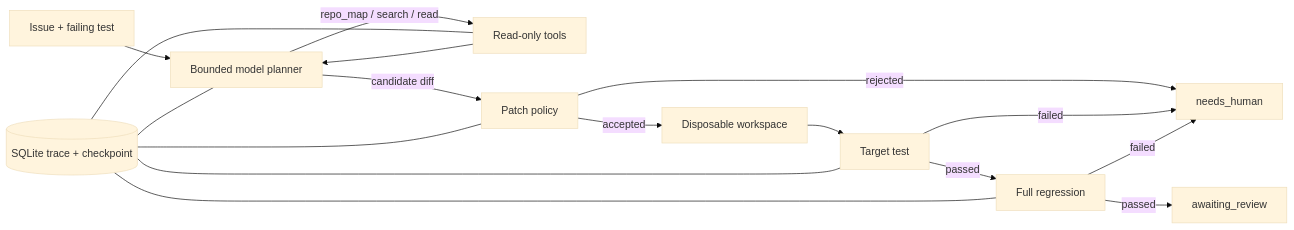
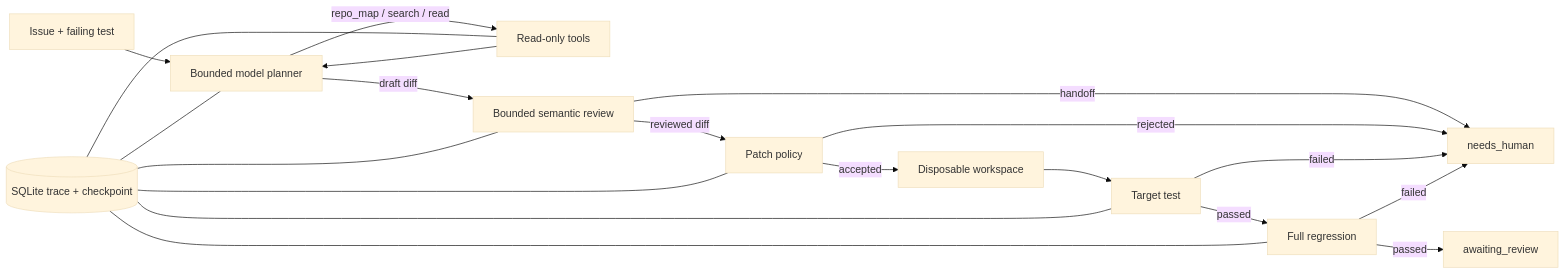
One commit to zhangbeimiao/TraceRepair changed the diagram in README.md. Above: the diagram before and after it, drawn with Mermaid (base theme). The commit also changed other lines of this file and 9 other files, not shown here.

Commit message:
feat: add bounded semantic patch review

````diff
--- a/README.md
+++ b/README.md
@@ -95,19 +96,22 @@
 ```mermaid
 flowchart LR
     A[Issue + failing test] --> B[Bounded model planner]
     B -->|repo_map / search / read| C[Read-only tools]
     C --> B
-    B -->|candidate diff| D[Patch policy]
+    B -->|draft diff| R[Bounded semantic review]
+    R -->|handoff| H
+    R -->|reviewed diff| D[Patch policy]
     D -->|rejected| H[needs_human]
     D -->|accepted| E[Disposable workspace]
     E --> F[Target test]
     F -->|failed| H
     F -->|passed| G[Full regression]
     G -->|failed| H
     G -->|passed| I[awaiting_review]
     J[(SQLite trace + checkpoint)] --- B
+    J --- R
     J --- C
     J --- D
     J --- F
     J --- G
 ```
````
